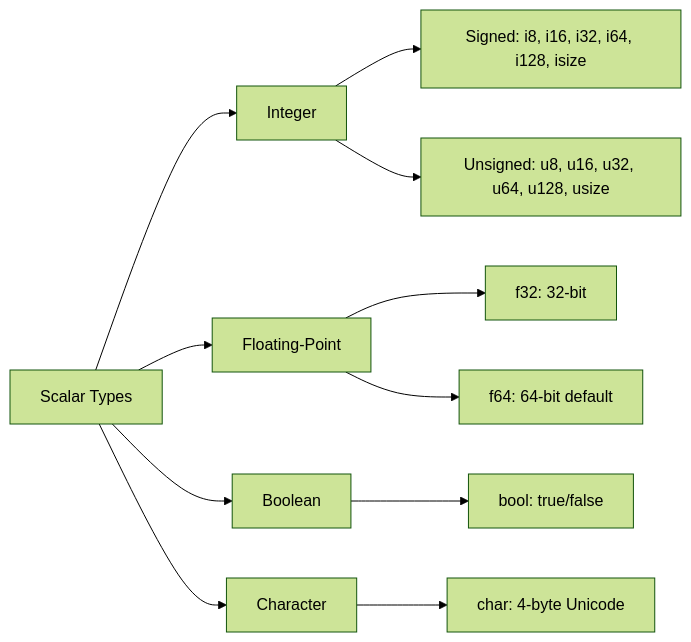
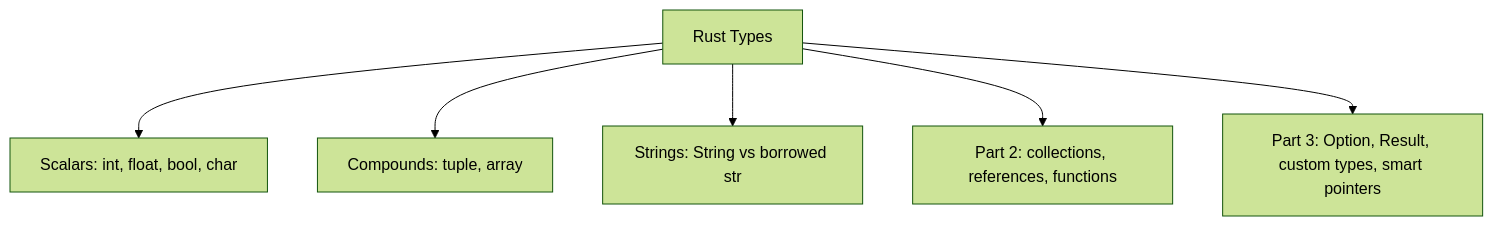
One commit to whanyu1212/learning-rust changed the diagram in notes/rust-data-types.md. Above: the diagram before and after it, drawn with Mermaid (forest theme). The commit also changed other lines of this file and 16 other files, not shown here.

````diff
--- a/notes/rust-data-types.md
+++ b/notes/rust-data-types.md
@@ -66,17 +9,8 @@
 ```mermaid
-graph LR
-    A[Scalar Types] --> B[Integer]
-    A --> C[Floating-Point]
-    A --> D[Boolean]
-    A --> E[Character]
-
-    B --> B1[Signed: i8, i16, i32, i64, i128, isize]
-    B --> B2[Unsigned: u8, u16, u32, u64, u128, usize]
-
-    C --> C1[f32: 32-bit]
-    C --> C2[f64: 64-bit default]
-
-    D --> D1[bool: true/false]
-
-    E --> E1[char: 4-byte Unicode]
+graph TD
+    A[Rust Types] --> B[Scalars: int, float, bool, char]
+    A --> C[Compounds: tuple, array]
+    A --> D[Strings: String vs borrowed str]
+    A --> E["Part 2: collections, references, functions"]
+    A --> F["Part 3: Option, Result, custom types, smart pointers"]
 ```
````
